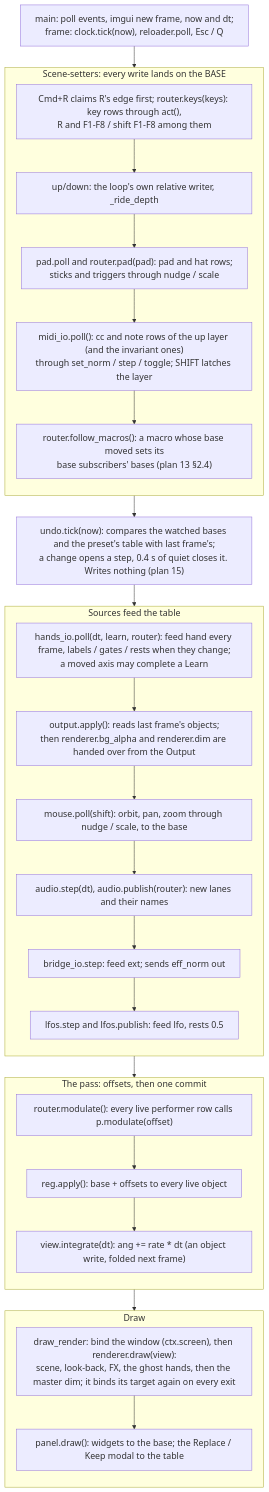
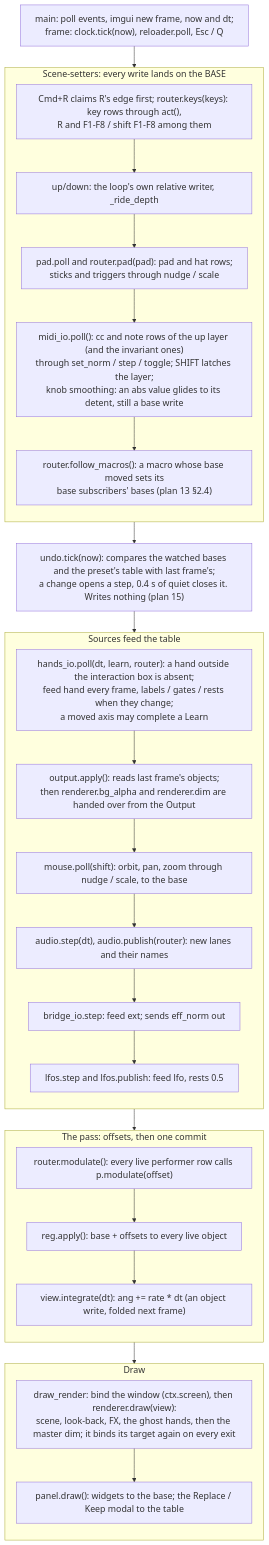
The diagram in hyperspace-python/docs/ARCHITECTURE.md (Cutaiar/hyperspace), drawn with Mermaid before and after one commit. The commit also changed other lines of this file and 1 other file, not shown here.

First line of the commit message:
Plan 18 WP5: ARCHITECTURE and ENGINEERING as the code is

````diff
--- a/hyperspace-python/docs/ARCHITECTURE.md
+++ b/hyperspace-python/docs/ARCHITECTURE.md
@@ -73,43 +73,43 @@
 ```mermaid
 %%{init: {"themeVariables": {"fontSize": "18px"}, "flowchart": {"nodeSpacing": 28, "rankSpacing": 44, "wrappingWidth": 420}}}%%
 flowchart TB
     S0["main: poll events, imgui new frame, now and dt;<br/>frame: clock.tick(now), reloader.poll, Esc / Q"]
     subgraph setters ["Scene-setters: every write lands on the BASE"]
         direction TB
         S1["Cmd+R claims R's edge first; router.keys(keys): key rows through act(),<br/>R and F1-F8 / shift F1-F8 among them"]
         S2["up/down: the loop's own relative writer, _ride_depth"]
         S3["pad.poll and router.pad(pad): pad and hat rows;<br/>sticks and triggers through nudge / scale"]
-        S4["midi_io.poll(): cc and note rows of the up layer (and the invariant ones)<br/>through set_norm / step / toggle; SHIFT latches the layer"]
+        S4["midi_io.poll(): cc and note rows of the up layer (and the invariant ones)<br/>through set_norm / step / toggle; SHIFT latches the layer;<br/>knob smoothing: an abs value glides to its detent, still a base write"]
         S4b["router.follow_macros(): a macro whose base moved sets its<br/>base subscribers' bases (plan 13 §2.4)"]
         S1 --> S2 --> S3 --> S4 --> S4b
     end
     U["undo.tick(now): compares the watched bases and the preset's table with last frame's;<br/>a change opens a step, 0.4 s of quiet closes it. Writes nothing (plan 15)"]
     subgraph feeds ["Sources feed the table"]
         direction TB
-        S5["hands_io.poll(dt, learn, router): feed hand every frame, labels / gates / rests when they change;<br/>a moved axis may complete a Learn"]
+        S5["hands_io.poll(dt, learn, router): a hand outside the interaction box is absent;<br/>feed hand every frame, labels / gates / rests when they change;<br/>a moved axis may complete a Learn"]
         S6["output.apply(): reads last frame's objects;<br/>then renderer.bg_alpha and renderer.dim are handed over from the Output"]
         S7["mouse.poll(shift): orbit, pan, zoom through nudge / scale, to the base"]
         S8["audio.step(dt), audio.publish(router): new lanes and their names"]
         S9["bridge_io.step: feed ext; sends eff_norm out"]
         S10["lfos.step and lfos.publish: feed lfo, rests 0.5"]
         S5 --> S6 --> S7 --> S8 --> S9 --> S10
     end
     subgraph pass ["The pass: offsets, then one commit"]
         direction TB
         S11["router.modulate(): every live performer row calls p.modulate(offset)"]
         S12["reg.apply(): base + offsets to every live object"]
         S13["view.integrate(dt): ang += rate * dt (an object write, folded next frame)"]
         S11 --> S12 --> S13
     end
     subgraph draw ["Draw"]
         direction TB
         S14["draw_render: bind the window (ctx.screen), then renderer.draw(view):<br/>scene, look-back, FX, the ghost hands, then the master dim; it binds its target again on every exit"]
         S15["panel.draw(): widgets to the base; the Replace / Keep modal to the table"]
         S14 --> S15
     end
     S0 --> S1
     S4b --> U
     U --> S5
     S10 --> S11
     S13 --> S14
 ```
````
